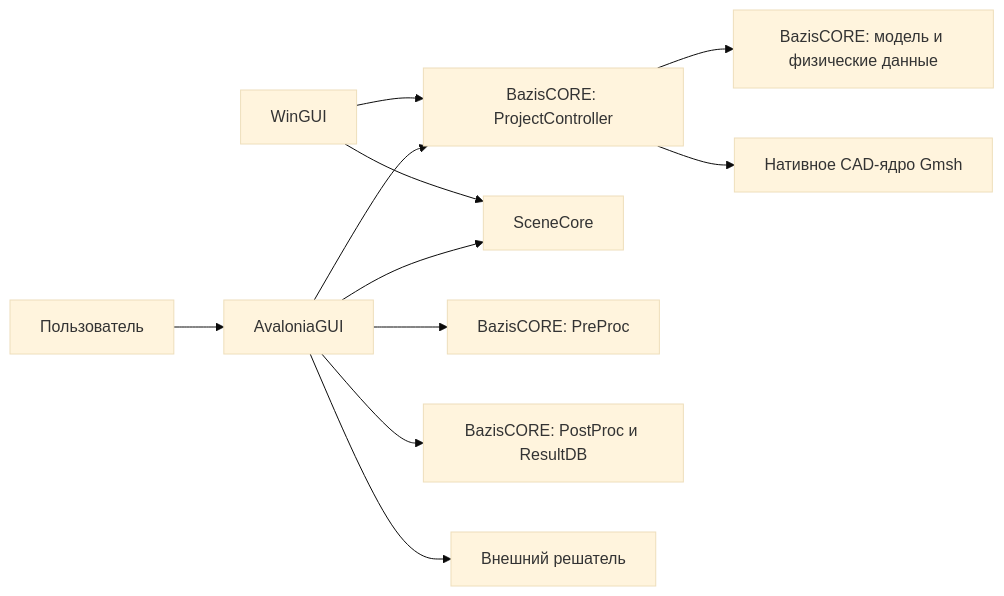
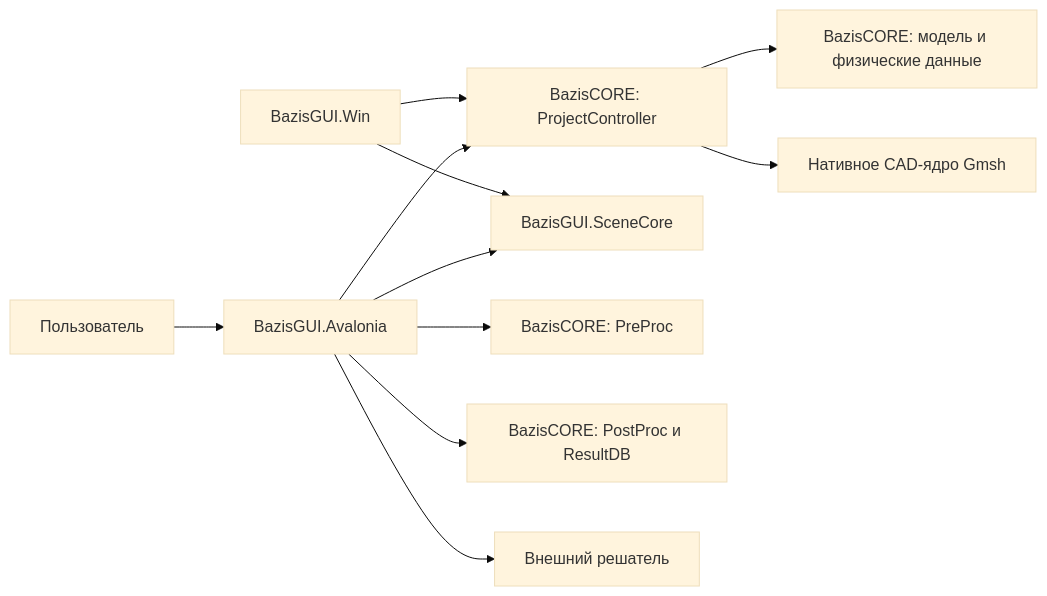
One commit to BAZIS-SOFTWARE/Bazis-UI changed the diagram in Documents/Architecture.md. Above: the diagram before and after it, drawn with Mermaid (base theme). The commit also changed other lines of this file and 1631 other files, not shown here.

````diff
--- a/Documents/Architecture.md
+++ b/Documents/Architecture.md
@@ -17,13 +17,13 @@
 ```mermaid
 flowchart LR
-    User[Пользователь] --> GUI[AvaloniaGUI]
+    User[Пользователь] --> GUI[BazisGUI.Avalonia]
     GUI --> Controller[BazisCORE: ProjectController]
-    GUI --> Scene[SceneCore]
+    GUI --> Scene[BazisGUI.SceneCore]
     Controller --> Data[BazisCORE: модель и физические данные]
     Controller --> CAD[Нативное CAD-ядро Gmsh]
     GUI --> Pre[BazisCORE: PreProc]
     GUI --> Post[BazisCORE: PostProc и ResultDB]
     GUI --> Solver[Внешний решатель]
-    Legacy[WinGUI] --> Scene
+    Legacy[BazisGUI.Win] --> Scene
     Legacy --> Controller
 ```
````
